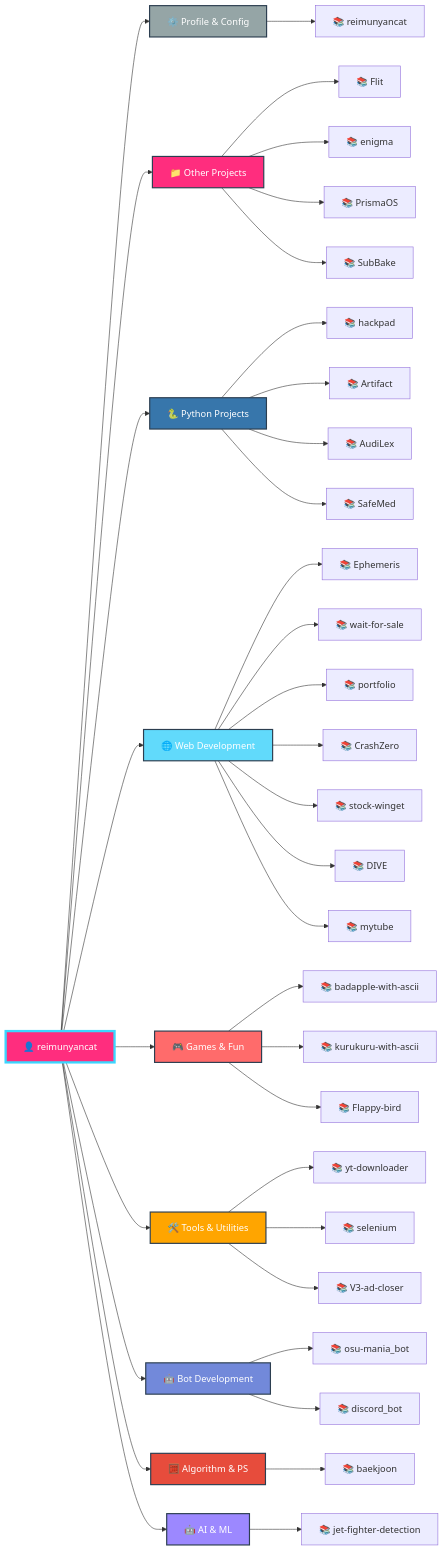
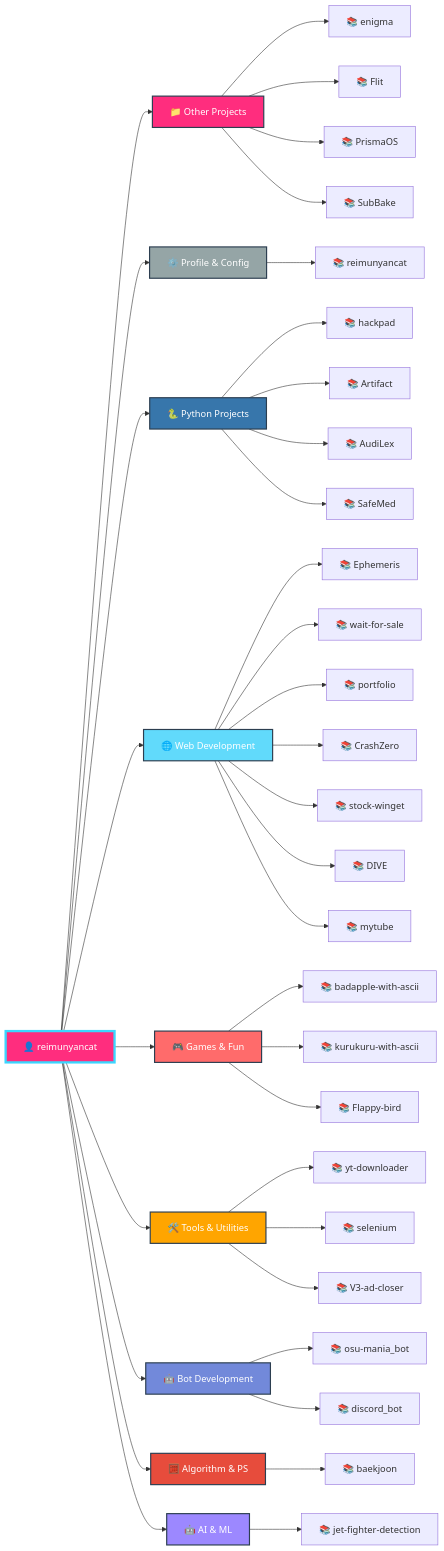
The diagram in README.md (reimunyancat/reimunyancat), drawn with Mermaid before and after one commit. The commit also changed other lines of this file, not shown here.

````diff
--- a/README.md
+++ b/README.md
@@ -159,59 +159,59 @@
 ```mermaid
 graph LR
   A[👤 reimunyancat]
 
-  A --> CAT0[⚙️ Profile & Config]
-  CAT0 --> CAT0_0[📚 reimunyancat]
+  A --> CAT0[📁 Other Projects]
+  CAT0 --> CAT0_0[📚 enigma]
+  CAT0 --> CAT0_1[📚 Flit]
+  CAT0 --> CAT0_2[📚 PrismaOS]
+  CAT0 --> CAT0_3[📚 SubBake]
 
-  A --> CAT1[📁 Other Projects]
-  CAT1 --> CAT1_0[📚 Flit]
-  CAT1 --> CAT1_1[📚 enigma]
-  CAT1 --> CAT1_2[📚 PrismaOS]
-  CAT1 --> CAT1_3[📚 SubBake]
+  A --> CAT1[⚙️ Profile & Config]
+  CAT1 --> CAT1_0[📚 reimunyancat]
 
   A --> CAT2[🐍 Python Projects]
   CAT2 --> CAT2_0[📚 hackpad]
   CAT2 --> CAT2_1[📚 Artifact]
   CAT2 --> CAT2_2[📚 AudiLex]
   CAT2 --> CAT2_3[📚 SafeMed]
 
   A --> CAT3[🌐 Web Development]
   CAT3 --> CAT3_0[📚 Ephemeris]
   CAT3 --> CAT3_1[📚 wait-for-sale]
   CAT3 --> CAT3_2[📚 portfolio]
   CAT3 --> CAT3_3[📚 CrashZero]
   CAT3 --> CAT3_4[📚 stock-winget]
   CAT3 --> CAT3_5[📚 DIVE]
   CAT3 --> CAT3_6[📚 mytube]
 
   A --> CAT4[🎮 Games & Fun]
   CAT4 --> CAT4_0[📚 badapple-with-ascii]
   CAT4 --> CAT4_1[📚 kurukuru-with-ascii]
   CAT4 --> CAT4_2[📚 Flappy-bird]
 
   A --> CAT5[🛠️ Tools & Utilities]
   CAT5 --> CAT5_0[📚 yt-downloader]
   CAT5 --> CAT5_1[📚 selenium]
   CAT5 --> CAT5_2[📚 V3-ad-closer]
 
   A --> CAT6[🤖 Bot Development]
   CAT6 --> CAT6_0[📚 osu-mania_bot]
   CAT6 --> CAT6_1[📚 discord_bot]
 
   A --> CAT7[🧮 Algorithm & PS]
   CAT7 --> CAT7_0[📚 baekjoon]
 
   A --> CAT8[🤖 AI & ML]
   CAT8 --> CAT8_0[📚 jet-fighter-detection]
 
   style A fill:#FF2D7E,stroke:#3BD6FF,stroke-width:4px,color:#fff
-  style CAT0 fill:#95a5a6,stroke:#2c3e50,stroke-width:2px,color:#fff
-  style CAT1 fill:#FF2D7E,stroke:#2c3e50,stroke-width:2px,color:#fff
+  style CAT0 fill:#FF2D7E,stroke:#2c3e50,stroke-width:2px,color:#fff
+  style CAT1 fill:#95a5a6,stroke:#2c3e50,stroke-width:2px,color:#fff
   style CAT2 fill:#3776ab,stroke:#2c3e50,stroke-width:2px,color:#fff
   style CAT3 fill:#61dafb,stroke:#2c3e50,stroke-width:2px,color:#fff
   style CAT4 fill:#ff6b6b,stroke:#2c3e50,stroke-width:2px,color:#fff
   style CAT5 fill:#ffa500,stroke:#2c3e50,stroke-width:2px,color:#fff
   style CAT6 fill:#7289da,stroke:#2c3e50,stroke-width:2px,color:#fff
   style CAT7 fill:#e74c3c,stroke:#2c3e50,stroke-width:2px,color:#fff
   style CAT8 fill:#9c88ff,stroke:#2c3e50,stroke-width:2px,color:#fff
 ```
````
